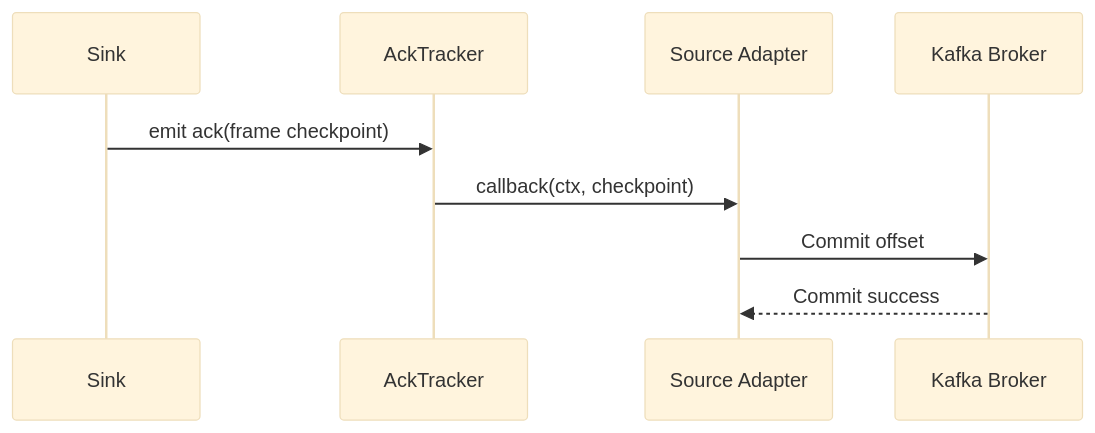
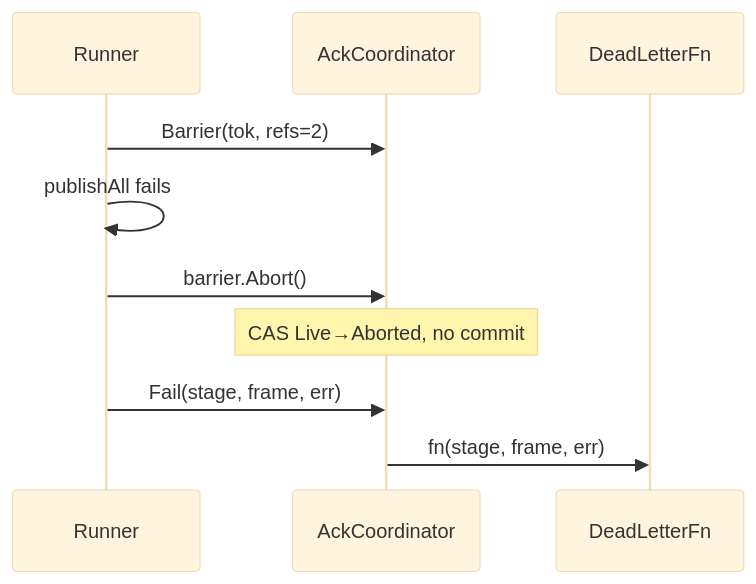
One commit to mohsanabbas/quanta changed the sixth of 6 diagrams in docs/specs/architecture.md. Above: the diagram before and after it, drawn with Mermaid (base theme). The commit also changed other lines of this file and 29 other files, not shown here.

First line of the commit message:
feat: AckCoordinator centralized checkpoint lifecycle management (#15)

````diff
--- a/docs/specs/architecture.md
+++ b/docs/specs/architecture.md
@@ -82,12 +142,13 @@
 ```mermaid
 sequenceDiagram
-  participant Sink
-  participant AckTracker
-  participant Source as Source Adapter
-  participant Kafka as Kafka Broker
+  participant Runner
+  participant Coordinator as AckCoordinator
+  participant DeadLetter as DeadLetterFn
 
-  Sink->>AckTracker: emit ack(frame checkpoint)
-  AckTracker->>Source: callback(ctx, checkpoint)
-  Source->>Kafka: Commit offset
-  Kafka-->>Source: Commit success
+  Runner->>Coordinator: Barrier(tok, refs=2)
+  Runner->>Runner: publishAll fails
+  Runner->>Coordinator: barrier.Abort()
+  Note over Coordinator: CAS Live→Aborted, no commit
+  Runner->>Coordinator: Fail(stage, frame, err)
+  Coordinator->>DeadLetter: fn(stage, frame, err)
 ```
````
